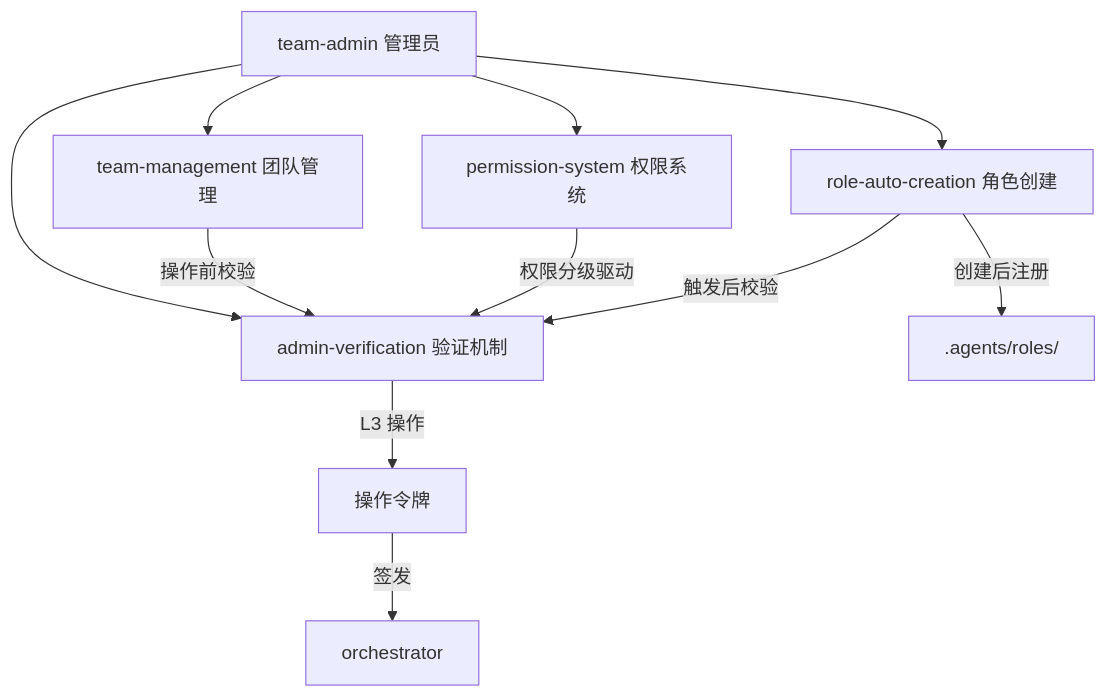
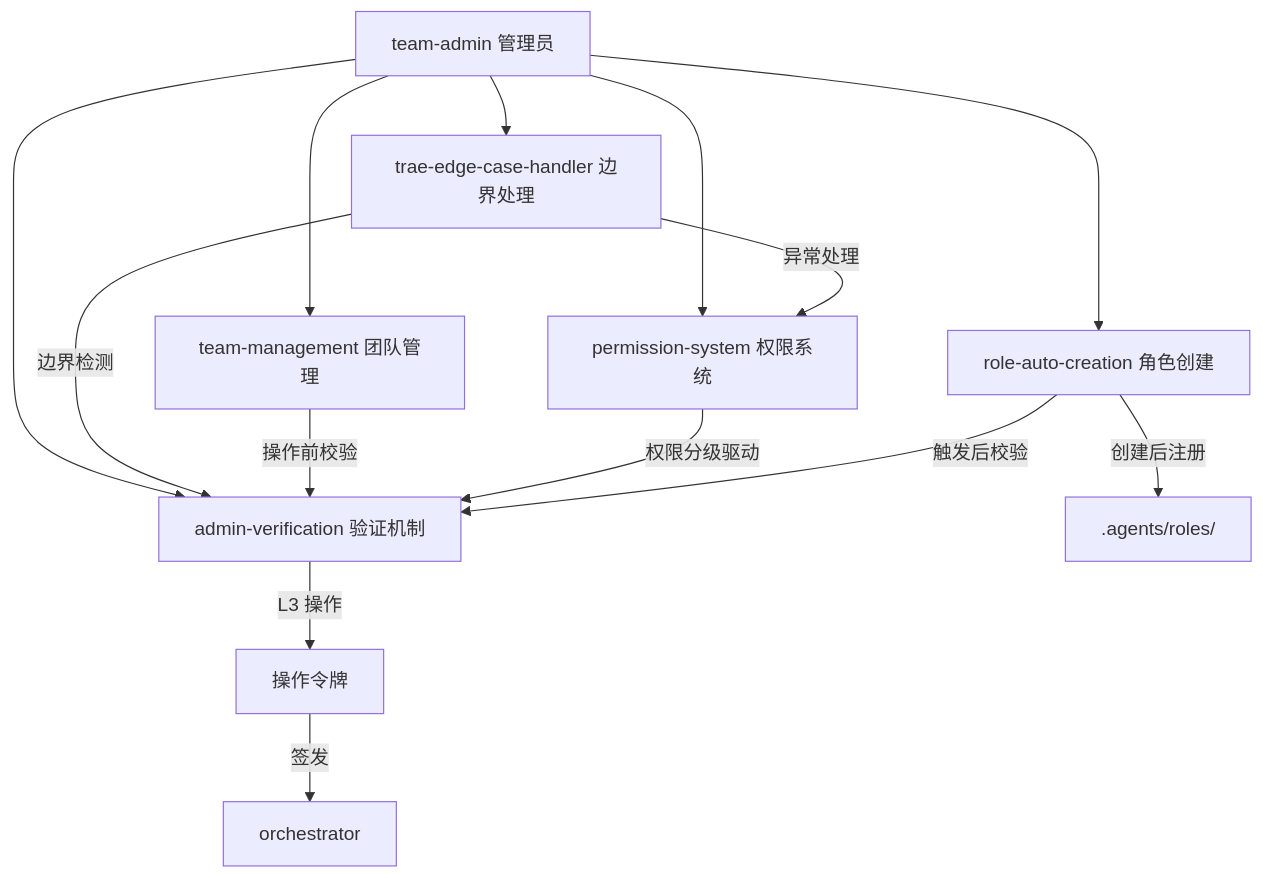
One commit to xinetzone/SpecWeave changed the diagram in .agents/teams/README.md. Above: the diagram before and after it, drawn with Mermaid. The commit also changed other lines of this file, not shown here.

````diff
--- a/.agents/teams/README.md
+++ b/.agents/teams/README.md
@@ -29,13 +37,16 @@
 ```mermaid
 flowchart TD
     A["team-admin 管理员"] --> B["team-management 团队管理"]
     A --> C["permission-system 权限系统"]
     A --> D["admin-verification 验证机制"]
     A --> E["role-auto-creation 角色创建"]
+    A --> I["trae-edge-case-handler 边界处理"]
+    I -->|"边界检测"| D
+    I -->|"异常处理"| C
     B -->|"操作前校验"| D
     C -->|"权限分级驱动"| D
     E -->|"触发后校验"| D
     E -->|"创建后注册"| F[".agents/roles/"]
     D -->|"L3 操作"| G["操作令牌"]
     G -->|"签发"| H["orchestrator"]
 ```
````
